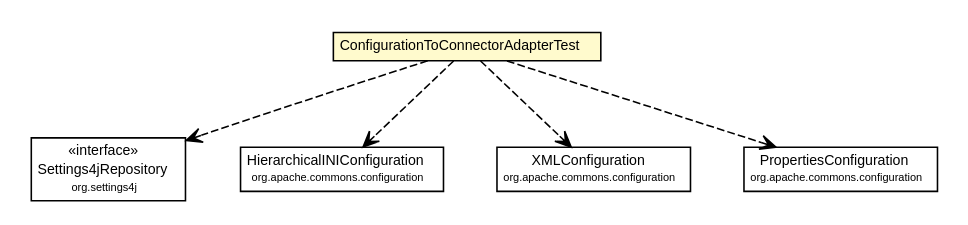
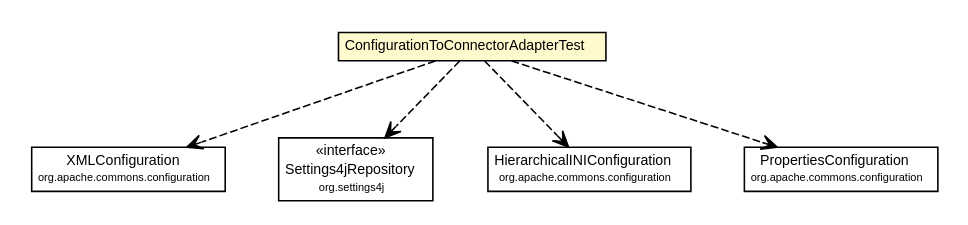
Before and after one commit to brabenetz/settings4j: the diagram in archiv/2.1-SNAPSHOT/testapidocs/org/settings4j/helper/configuration/ConfigurationToConnectorAdapterTest.dot, drawn with Graphviz. The commit also changed 347 other files, not shown here.

```diff
--- a/archiv/2.1-SNAPSHOT/testapidocs/org/settings4j/helper/configuration/ConfigurationToConnectorAdapterTest.dot
+++ b/archiv/2.1-SNAPSHOT/testapidocs/org/settings4j/helper/configuration/ConfigurationToConnectorAdapterTest.dot
@@ -1,55 +1,55 @@
 #!/usr/local/bin/dot
 #
 # Class diagram 
 # Generated by UMLGraph version R5_6-24-gf6e263 (http://www.umlgraph.org/)
 #
 
 digraph G {
 	edge [fontname="arial",fontsize=10,labelfontname="arial",labelfontsize=10];
 	node [fontname="arial",fontsize=10,shape=plaintext];
 	nodesep=0.25;
 	ranksep=0.5;
 	// org.settings4j.helper.configuration.ConfigurationToConnectorAdapterTest
 	c595 [label=<<table title="org.settings4j.helper.configuration.ConfigurationToConnectorAdapterTest" border="0" cellborder="1" cellspacing="0" cellpadding="2" port="p" bgcolor="lemonChiffon" href="./ConfigurationToConnectorAdapterTest.html">
 		<tr><td><table border="0" cellspacing="0" cellpadding="1">
 <tr><td align="center" balign="center"> ConfigurationToConnectorAdapterTest </td></tr>
 		</table></td></tr>
 		</table>>, URL="./ConfigurationToConnectorAdapterTest.html", fontname="arial", fontcolor="black", fontsize=9.0];
+	// org.settings4j.helper.configuration.ConfigurationToConnectorAdapterTest DEPEND org.apache.commons.configuration.XMLConfiguration
+	c595:p -> c623:p [taillabel="", label="", headlabel="", fontname="arial", fontcolor="black", fontsize=10.0, color="black", arrowhead=open, style=dashed];
 	// org.settings4j.helper.configuration.ConfigurationToConnectorAdapterTest DEPEND org.settings4j.Settings4jRepository
-	c595:p -> c610:p [taillabel="", label="", headlabel="", fontname="arial", fontcolor="black", fontsize=10.0, color="black", arrowhead=open, style=dashed];
+	c595:p -> c624:p [taillabel="", label="", headlabel="", fontname="arial", fontcolor="black", fontsize=10.0, color="black", arrowhead=open, style=dashed];
 	// org.settings4j.helper.configuration.ConfigurationToConnectorAdapterTest DEPEND org.apache.commons.configuration.HierarchicalINIConfiguration
-	c595:p -> c617:p [taillabel="", label="", headlabel="", fontname="arial", fontcolor="black", fontsize=10.0, color="black", arrowhead=open, style=dashed];
-	// org.settings4j.helper.configuration.ConfigurationToConnectorAdapterTest DEPEND org.apache.commons.configuration.XMLConfiguration
 	c595:p -> c627:p [taillabel="", label="", headlabel="", fontname="arial", fontcolor="black", fontsize=10.0, color="black", arrowhead=open, style=dashed];
 	// org.settings4j.helper.configuration.ConfigurationToConnectorAdapterTest DEPEND org.apache.commons.configuration.PropertiesConfiguration
 	c595:p -> c631:p [taillabel="", label="", headlabel="", fontname="arial", fontcolor="black", fontsize=10.0, color="black", arrowhead=open, style=dashed];
 	// org.apache.commons.configuration.PropertiesConfiguration
 	c631 [label=<<table title="org.apache.commons.configuration.PropertiesConfiguration" border="0" cellborder="1" cellspacing="0" cellpadding="2" port="p">
 		<tr><td><table border="0" cellspacing="0" cellpadding="1">
 <tr><td align="center" balign="center"> PropertiesConfiguration </td></tr>
 <tr><td align="center" balign="center"><font point-size="7.0"> org.apache.commons.configuration </font></td></tr>
 		</table></td></tr>
 		</table>>, URL="null", fontname="arial", fontcolor="black", fontsize=9.0];
 	// org.apache.commons.configuration.HierarchicalINIConfiguration
-	c617 [label=<<table title="org.apache.commons.configuration.HierarchicalINIConfiguration" border="0" cellborder="1" cellspacing="0" cellpadding="2" port="p">
+	c627 [label=<<table title="org.apache.commons.configuration.HierarchicalINIConfiguration" border="0" cellborder="1" cellspacing="0" cellpadding="2" port="p">
 		<tr><td><table border="0" cellspacing="0" cellpadding="1">
 <tr><td align="center" balign="center"> HierarchicalINIConfiguration </td></tr>
 <tr><td align="center" balign="center"><font point-size="7.0"> org.apache.commons.configuration </font></td></tr>
 		</table></td></tr>
 		</table>>, URL="null", fontname="arial", fontcolor="black", fontsize=9.0];
 	// org.settings4j.Settings4jRepository
-	c610 [label=<<table title="org.settings4j.Settings4jRepository" border="0" cellborder="1" cellspacing="0" cellpadding="2" port="p">
+	c624 [label=<<table title="org.settings4j.Settings4jRepository" border="0" cellborder="1" cellspacing="0" cellpadding="2" port="p">
 		<tr><td><table border="0" cellspacing="0" cellpadding="1">
 <tr><td align="center" balign="center"> &#171;interface&#187; </td></tr>
 <tr><td align="center" balign="center"> Settings4jRepository </td></tr>
 <tr><td align="center" balign="center"><font point-size="7.0"> org.settings4j </font></td></tr>
 		</table></td></tr>
 		</table>>, URL="null", fontname="arial", fontcolor="black", fontsize=9.0];
 	// org.apache.commons.configuration.XMLConfiguration
-	c627 [label=<<table title="org.apache.commons.configuration.XMLConfiguration" border="0" cellborder="1" cellspacing="0" cellpadding="2" port="p">
+	c623 [label=<<table title="org.apache.commons.configuration.XMLConfiguration" border="0" cellborder="1" cellspacing="0" cellpadding="2" port="p">
 		<tr><td><table border="0" cellspacing="0" cellpadding="1">
 <tr><td align="center" balign="center"> XMLConfiguration </td></tr>
 <tr><td align="center" balign="center"><font point-size="7.0"> org.apache.commons.configuration </font></td></tr>
 		</table></td></tr>
 		</table>>, URL="null", fontname="arial", fontcolor="black", fontsize=9.0];
 }
```
